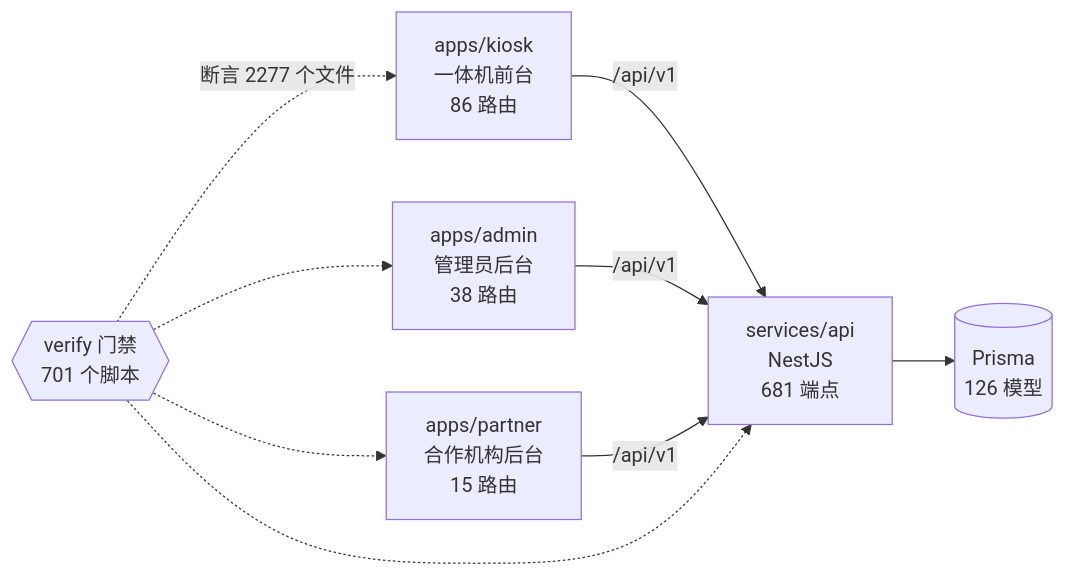
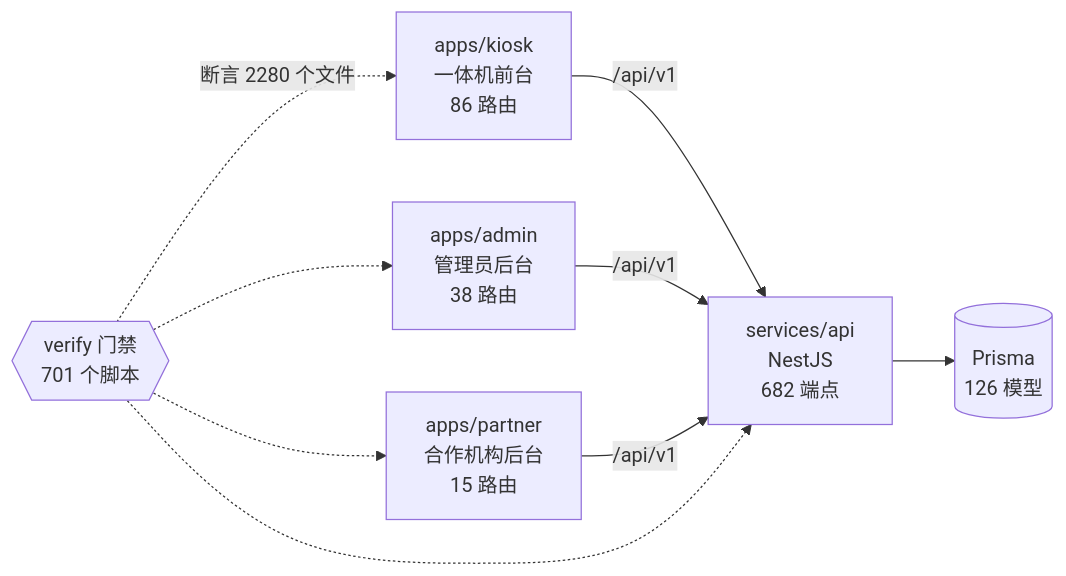
Before and after one commit to wanglei581/YITIJI: the diagram in docs/graph/README.md, drawn with Mermaid. The commit also changed other lines of this file and 5 other files, not shown here.

First line of the commit message:
小程序虚拟支付：图谱补上会员权益接口

````diff
--- a/docs/graph/README.md
+++ b/docs/graph/README.md
@@ -68,18 +68,18 @@
 ```mermaid
 flowchart LR
   kiosk["apps/kiosk<br/>一体机前台<br/>86 路由"]
   admin["apps/admin<br/>管理员后台<br/>38 路由"]
   partner["apps/partner<br/>合作机构后台<br/>15 路由"]
-  api["services/api<br/>NestJS<br/>681 端点"]
+  api["services/api<br/>NestJS<br/>682 端点"]
   db[("Prisma<br/>126 模型")]
   gates{{"verify 门禁<br/>701 个脚本"}}
 
   kiosk -->|"/api/v1"| api
   admin -->|"/api/v1"| api
   partner -->|"/api/v1"| api
   api --> db
-  gates -.->|"断言 2277 个文件"| kiosk
+  gates -.->|"断言 2280 个文件"| kiosk
   gates -.-> admin
   gates -.-> partner
   gates -.-> api
 ```
````
